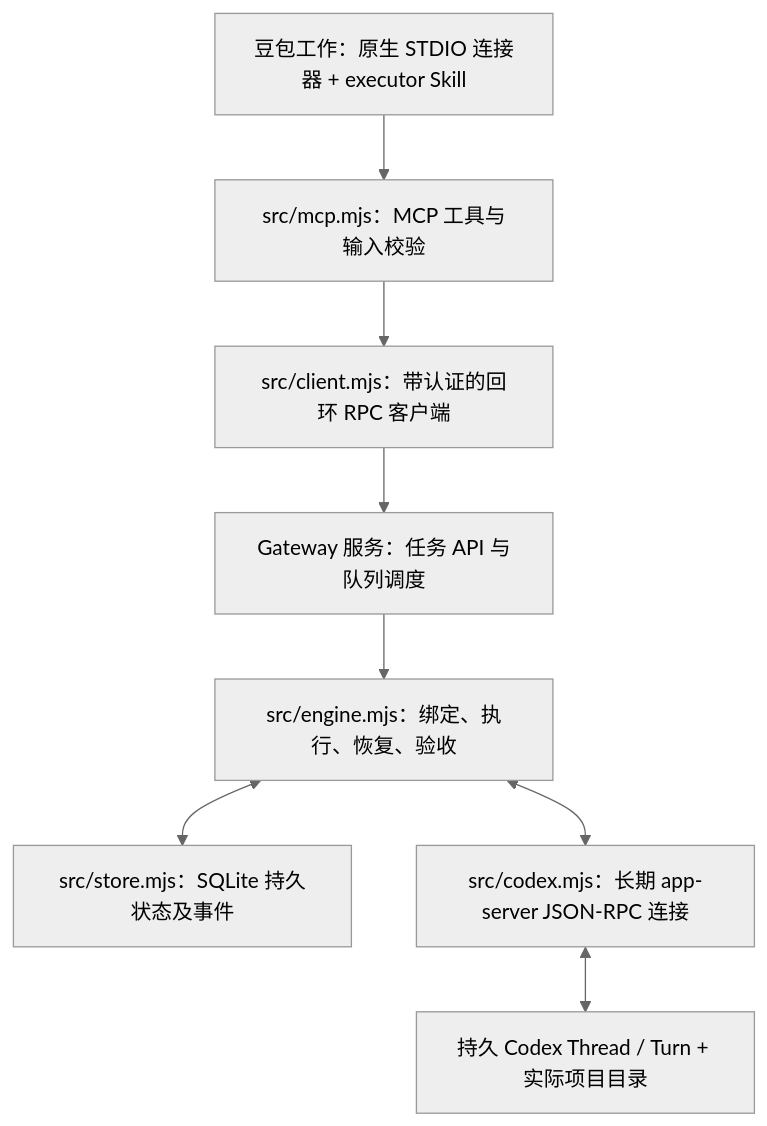
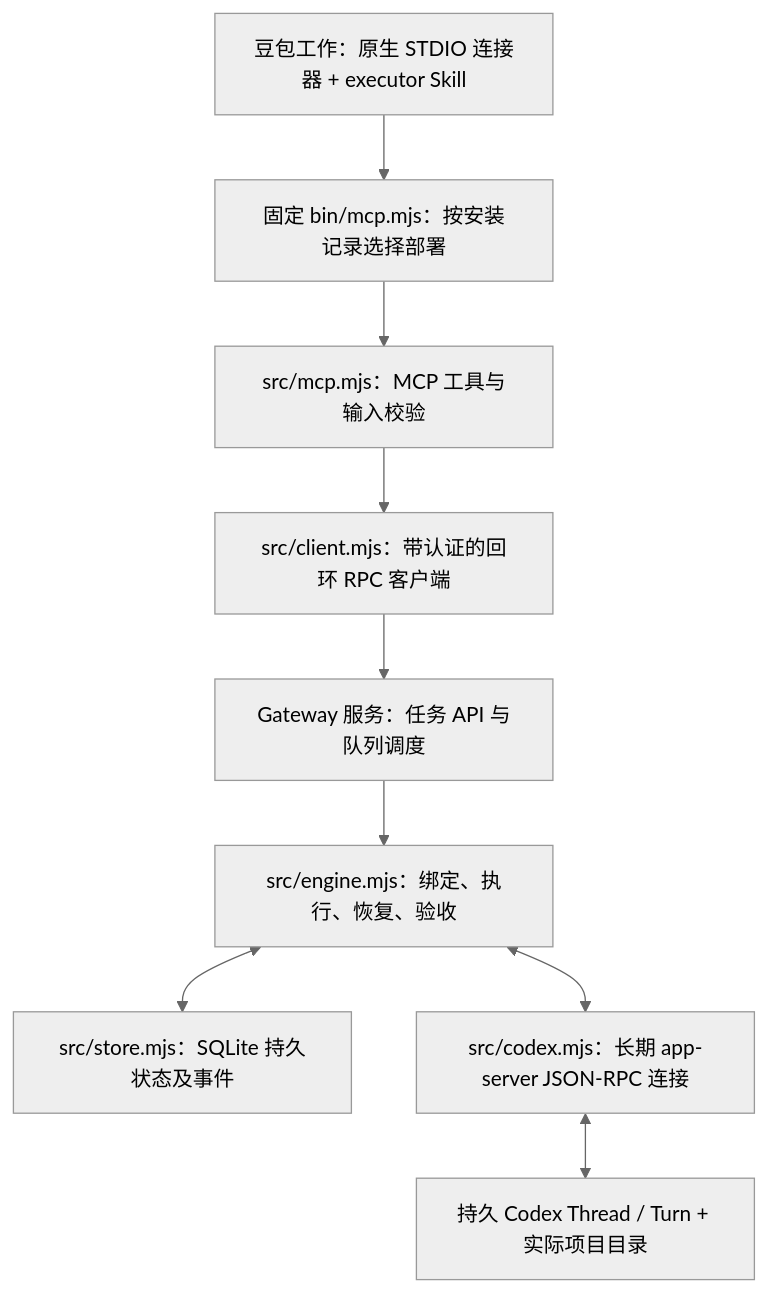
Before and after one commit to martinmurraynice-del/doubao-codex-gateway: the first of 2 diagrams in docs/architecture.md, drawn with Mermaid (neutral theme). The commit also changed other lines of this file and 28 other files, not shown here.

````diff
--- a/docs/architecture.md
+++ b/docs/architecture.md
@@ -9,15 +9,16 @@
 ```mermaid
 flowchart TB
   D["豆包工作：原生 STDIO 连接器 + executor Skill"]
+  L["固定 bin/mcp.mjs：按安装记录选择部署"]
   M["src/mcp.mjs：MCP 工具与输入校验"]
   C["src/client.mjs：带认证的回环 RPC 客户端"]
   H["Gateway 服务：任务 API 与队列调度"]
   E["src/engine.mjs：绑定、执行、恢复、验收"]
   S["src/store.mjs：SQLite 持久状态及事件"]
   P["src/codex.mjs：长期 app-server JSON-RPC 连接"]
   W["持久 Codex Thread / Turn + 实际项目目录"]
-  D --> M --> C --> H --> E
+  D --> L --> M --> C --> H --> E
   E <--> S
   E <--> P
   P <--> W
 ```
````
